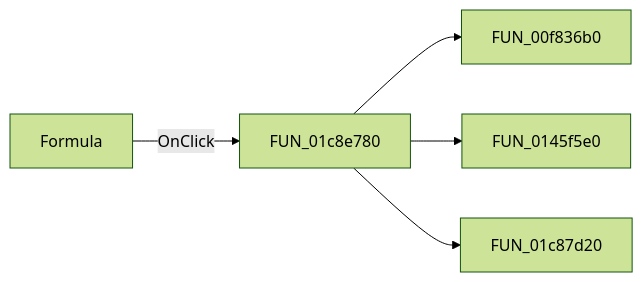
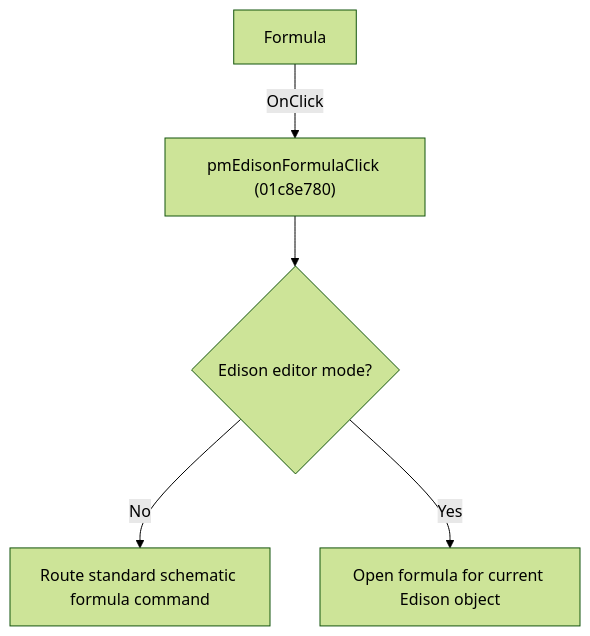
One commit to MovGP0/TIARA changed the diagram in docs/ui-controls/schematiceditor/pmformula-94308392e4.md. Above: the diagram before and after it, drawn with Mermaid (forest theme). The commit also changed other lines of this file and 1062 other files, not shown here.

````diff
--- a/docs/ui-controls/schematiceditor/pmformula-94308392e4.md
+++ b/docs/ui-controls/schematiceditor/pmformula-94308392e4.md
@@ -27,7 +27,7 @@
 ```mermaid
-flowchart LR
-    control["Formula"] -->|OnClick| handler["FUN_01c8e780"]
-    handler --> call1["FUN_00f836b0"]
-    handler --> call2["FUN_0145f5e0"]
-    handler --> call3["FUN_01c87d20"]
+flowchart TD
+    control["Formula"] -->|"OnClick"| handler["pmEdisonFormulaClick (01c8e780)"]
+    handler --> context{"Edison editor mode?"}
+    context -->|"No"| normal["Route standard schematic formula command"]
+    context -->|"Yes"| edison["Open formula for current Edison object"]
 ```
````
